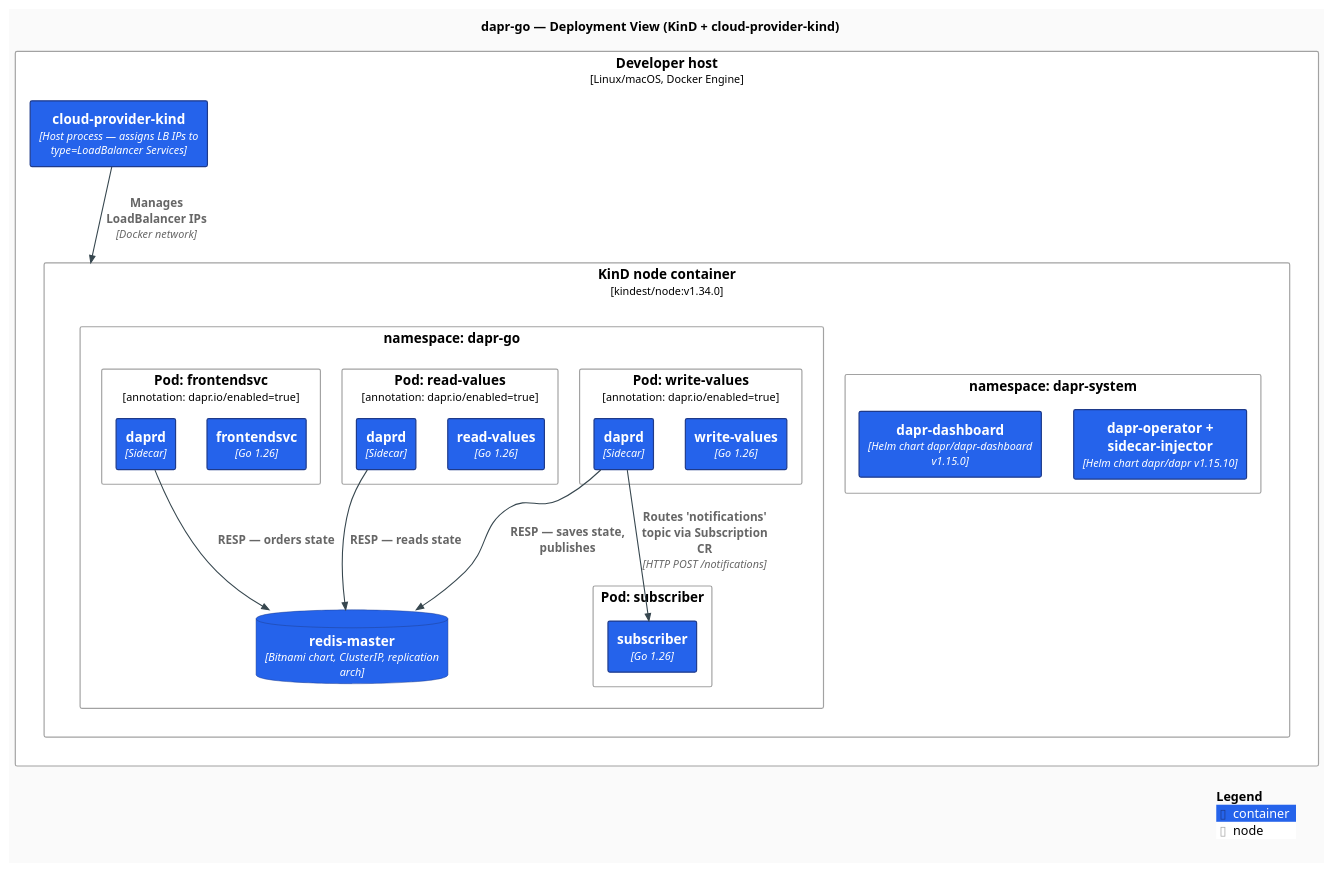
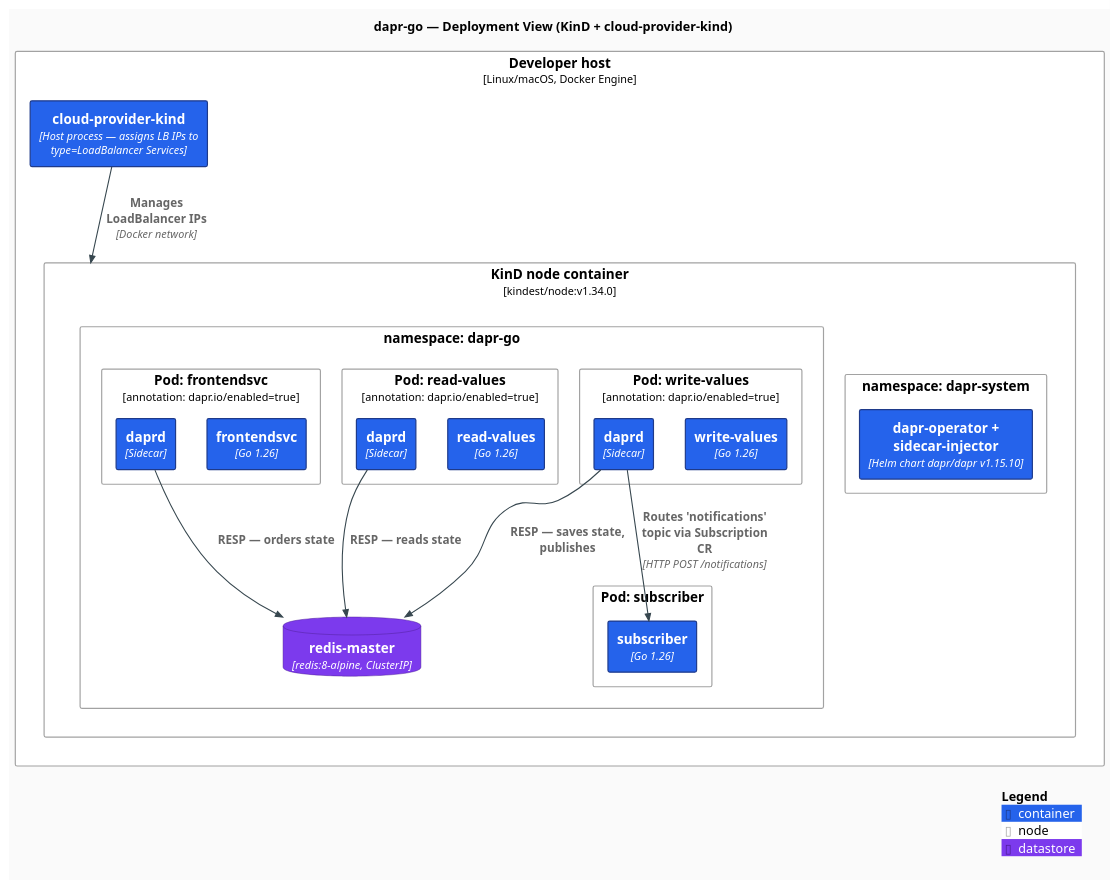
The diagram in docs/diagrams/c4-deployment.puml (AndriyKalashnykov/dapr-go), drawn with PlantUML before and after one commit. The commit also changed 37 other files, not shown here.

```diff
--- a/docs/diagrams/c4-deployment.puml
+++ b/docs/diagrams/c4-deployment.puml
@@ -1,57 +1,56 @@
 @startuml c4-deployment
 !include https://raw.githubusercontent.com/plantuml-stdlib/C4-PlantUML/v2.11.0/C4_Deployment.puml
 
 skinparam backgroundColor #FAFAFA
 skinparam shadowing false
 skinparam roundCorner 4
 skinparam defaultFontName "Inter, Helvetica, Arial, sans-serif"
 skinparam defaultFontSize 13
 skinparam ArrowColor #37474F
 skinparam ArrowThickness 1.2
 skinparam rectangleBorderThickness 1.3
 
 UpdateElementStyle("container",    $fontColor="#FFFFFF", $bgColor="#2563EB", $borderColor="#1E3A8A")
-UpdateElementStyle("container_db", $fontColor="#FFFFFF", $bgColor="#7C3AED", $borderColor="#4C1D95")
 UpdateBoundaryStyle($bgColor="#F1F5F9", $borderColor="#94A3B8", $fontColor="#1E293B")
+AddElementTag("datastore", $fontColor="#FFFFFF", $bgColor="#7C3AED", $borderColor="#4C1D95")
 
 title dapr-go — Deployment View (KinD + cloud-provider-kind)
 
 Deployment_Node(host, "Developer host", "Linux/macOS, Docker Engine") {
   Deployment_Node(kind_node, "KinD node container", "kindest/node:v1.34.0") {
 
     Deployment_Node(ns_dapr_system, "namespace: dapr-system") {
       Container(dapr_operator, "dapr-operator + sidecar-injector", "Helm chart dapr/dapr v1.15.10")
-      Container(dapr_dashboard, "dapr-dashboard", "Helm chart dapr/dapr-dashboard v1.15.0")
     }
 
     Deployment_Node(ns_dapr_go, "namespace: dapr-go") {
       Deployment_Node(pod_write, "Pod: write-values", "annotation: dapr.io/enabled=true") {
         Container(c_write,    "write-values", "Go 1.26")
         Container(c_dapr_w,   "daprd",        "Sidecar")
       }
       Deployment_Node(pod_read, "Pod: read-values", "annotation: dapr.io/enabled=true") {
         Container(c_read,     "read-values", "Go 1.26")
         Container(c_dapr_r,   "daprd",       "Sidecar")
       }
       Deployment_Node(pod_sub, "Pod: subscriber") {
         Container(c_sub,      "subscriber", "Go 1.26")
       }
       Deployment_Node(pod_front, "Pod: frontendsvc", "annotation: dapr.io/enabled=true") {
         Container(c_front,    "frontendsvc", "Go 1.26")
         Container(c_dapr_f,   "daprd",       "Sidecar")
       }
-      ContainerDb(redis_pod, "redis-master", "Bitnami chart, ClusterIP, replication arch")
+      ContainerDb(redis_pod, "redis-master", "redis:8-alpine, ClusterIP", $tags="datastore")
     }
   }
 
   Container(cpk, "cloud-provider-kind", "Host process — assigns LB IPs to type=LoadBalancer Services")
 }
 
 Rel(c_dapr_w, redis_pod, "RESP — saves state, publishes")
 Rel(c_dapr_r, redis_pod, "RESP — reads state")
 Rel(c_dapr_f, redis_pod, "RESP — orders state")
 Rel(c_dapr_w, c_sub, "Routes 'notifications' topic via Subscription CR", "HTTP POST /notifications")
 Rel(cpk, kind_node, "Manages LoadBalancer IPs", "Docker network")
 
 SHOW_LEGEND()
 @enduml
```
